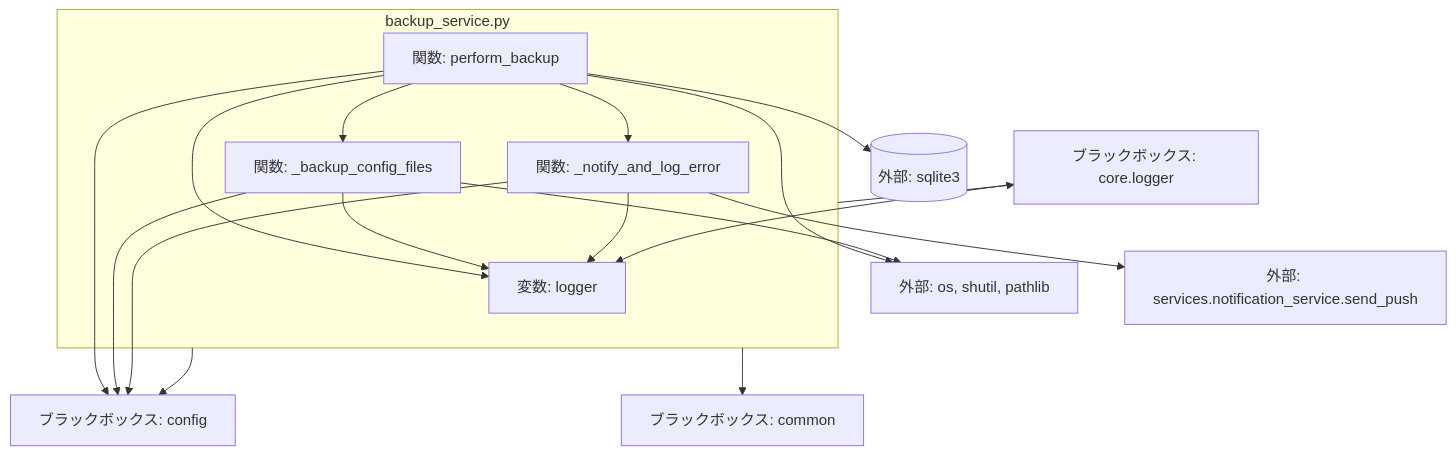
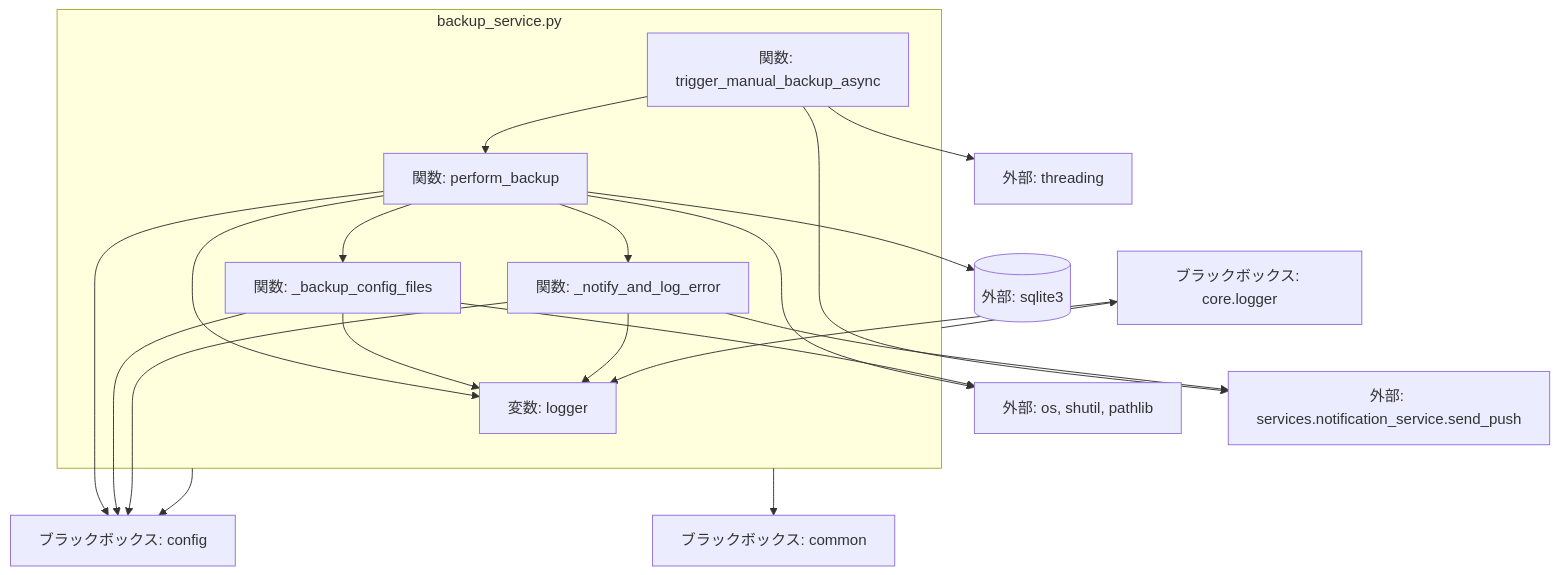
Before and after one commit to mmtigers/my_python_project: the second of 2 diagrams in docs/specifications/MY_HOME_SYSTEM/backup_service.md, drawn with Mermaid. The commit also changed other lines of this file and 19 other files, not shown here.

````diff
--- a/docs/specifications/MY_HOME_SYSTEM/backup_service.md
+++ b/docs/specifications/MY_HOME_SYSTEM/backup_service.md
@@ -211,31 +234,36 @@
 ```mermaid
 graph TD
   backup_service.py --> config[ブラックボックス: config]
   backup_service.py --> core.logger[ブラックボックス: core.logger]
   backup_service.py --> common[ブラックボックス: common]
 
   subgraph backup_service.py
     logger[変数: logger]
     perform_backup[関数: perform_backup]
+    trigger_manual_backup_async[関数: trigger_manual_backup_async]
     _backup_config_files[関数: _backup_config_files]
     _notify_and_log_error[関数: _notify_and_log_error]
   end
 
   perform_backup --> config
   perform_backup --> logger
   perform_backup --> _backup_config_files
   perform_backup --> _notify_and_log_error
   perform_backup --> SQLite[(外部: sqlite3)]
   perform_backup --> OS[外部: os, shutil, pathlib]
+
+  trigger_manual_backup_async --> perform_backup
+  trigger_manual_backup_async --> Threading[外部: threading]
+  trigger_manual_backup_async --> send_push
 
   _backup_config_files --> config
   _backup_config_files --> logger
   _backup_config_files --> OS
 
   _notify_and_log_error --> logger
   _notify_and_log_error --> send_push[外部: services.notification_service.send_push]
   _notify_and_log_error --> config
 
   core.logger --> logger
 
 ```
````
